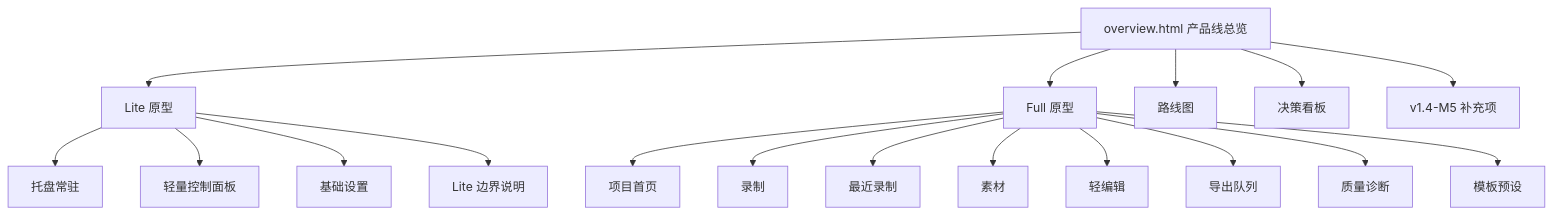
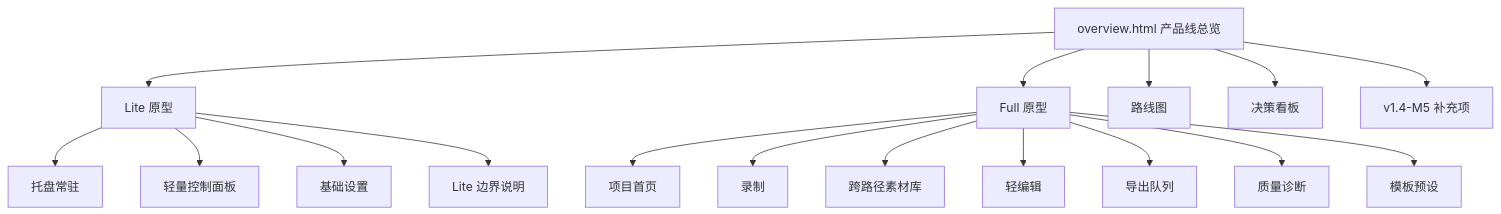
One commit to NzyZzz1998/QuickRec changed the diagram in doc/prototypes/product-prototype/prototype-design.md. Above: the diagram before and after it, drawn with Mermaid. The commit also changed other lines of this file and 52 other files, not shown here.

````diff
--- a/doc/prototypes/product-prototype/prototype-design.md
+++ b/doc/prototypes/product-prototype/prototype-design.md
@@ -45,22 +45,21 @@
 ```mermaid
 flowchart TD
     A["overview.html 产品线总览"] --> B["Lite 原型"]
     A --> C["Full 原型"]
     A --> D["路线图"]
     A --> E["决策看板"]
     A --> F["v1.4-M5 补充项"]
 
     B --> B1["托盘常驻"]
     B --> B2["轻量控制面板"]
     B --> B3["基础设置"]
     B --> B4["Lite 边界说明"]
 
     C --> C1["项目首页"]
     C --> C2["录制"]
-    C --> C3["最近录制"]
-    C --> C4["素材"]
+    C --> C3["跨路径素材库"]
     C --> C5["轻编辑"]
     C --> C6["导出队列"]
     C --> C7["质量诊断"]
     C --> C8["模板预设"]
 ```
````
